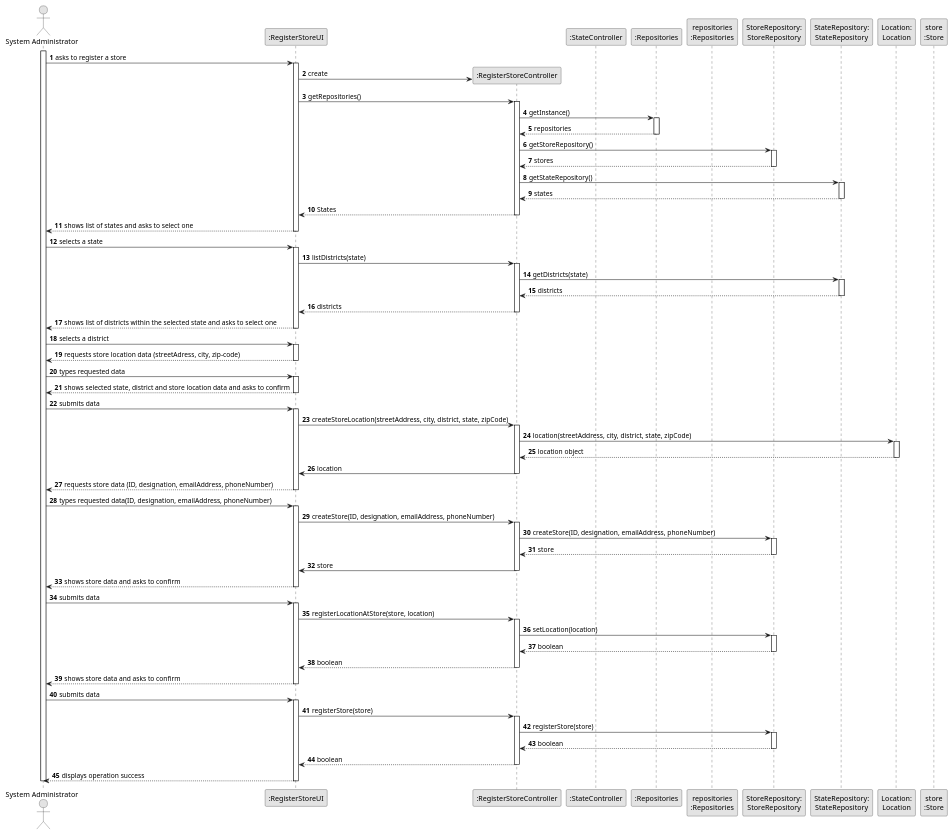
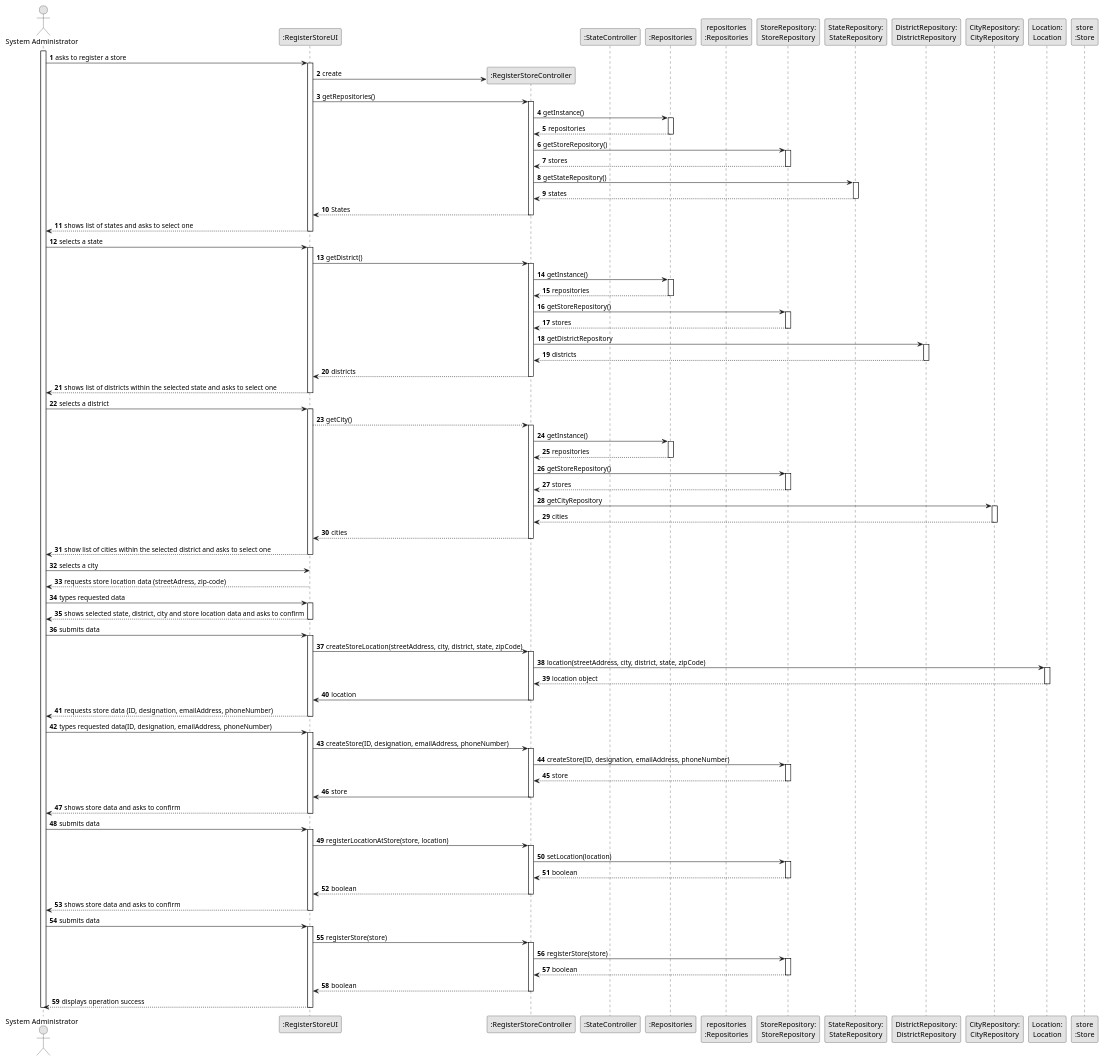
One commit to 1220812/LAPR2 changed the diagram in docs/sprintB/us005/03.design/puml/us005-sequence-diagram-full.puml. Above: the diagram before and after it, drawn with PlantUML. The commit also changed 1 other file, not shown here.

Commit message:
Fixed sequence diagram diagram full. Completed the Read me

```diff
--- a/docs/sprintB/us005/03.design/puml/us005-sequence-diagram-full.puml
+++ b/docs/sprintB/us005/03.design/puml/us005-sequence-diagram-full.puml
@@ -14,6 +14,8 @@
 participant "repositories\n:Repositories" as PLAT
 participant "StoreRepository:\nStoreRepository" as StoreRepository
 participant "StateRepository:\nStateRepository" as StateRepository
+participant "DistrictRepository:\nDistrictRepository" as DistrictRepository
+participant "CityRepository:\nCityRepository" as CityRepository
 participant "Location:\nLocation" as Location
 'participant ":ApplicationSession" as _APP
 'participant "appSession\n:ApplicationSession" as APP
@@ -62,14 +64,27 @@
             ADM -> UI : selects a state
             activate UI
 
-            UI -> STRCTRL : listDistricts(state)
+            UI -> STRCTRL : getDistrict()
             activate STRCTRL
 
-                    STRCTRL -> StateRepository : getDistricts(state)
-                    activate StateRepository
+                    STRCTRL -> RepositorySingleton : getInstance()
+                    activate RepositorySingleton
 
-                    StateRepository --> STRCTRL : districts
-                    deactivate StateRepository
+                    RepositorySingleton --> STRCTRL: repositories
+                    deactivate RepositorySingleton
+
+                    STRCTRL -> StoreRepository : getStoreRepository()
+                    activate StoreRepository
+
+                    StoreRepository --> STRCTRL : stores
+                    deactivate StoreRepository
+
+                    STRCTRL -> DistrictRepository : getDistrictRepository
+                    activate DistrictRepository
+
+                    DistrictRepository --> STRCTRL : districts
+                    deactivate DistrictRepository
+
 
             STRCTRL --> UI : districts
             deactivate STRCTRL
@@ -80,13 +95,42 @@
             ADM -> UI : selects a district
             activate UI
 
-            UI --> ADM : requests store location data (streetAdress, city, zip-code)
+            UI --> STRCTRL : getCity()
+            activate STRCTRL
+
+                STRCTRL -> RepositorySingleton : getInstance()
+                activate RepositorySingleton
+
+                RepositorySingleton --> STRCTRL: repositories
+                deactivate RepositorySingleton
+
+                STRCTRL -> StoreRepository : getStoreRepository()
+                activate StoreRepository
+
+                StoreRepository --> STRCTRL : stores
+                deactivate StoreRepository
+
+                STRCTRL -> CityRepository : getCityRepository
+                activate CityRepository
+
+                CityRepository --> STRCTRL : cities
+                deactivate CityRepository
+
+            STRCTRL --> UI : cities
+            deactivate STRCTRL
+
+            UI --> ADM : show list of cities within the selected district and asks to select one
+            deactivate UI
+
+            ADM -> UI: selects a city
+
+            UI --> ADM : requests store location data (streetAdress, zip-code)
             deactivate UI
 
             ADM -> UI : types requested data
             activate UI
 
-            UI --> ADM : shows selected state, district and store location data and asks to confirm
+            UI --> ADM : shows selected state, district, city and store location data and asks to confirm
             deactivate UI
 
             ADM -> UI : submits data
```
